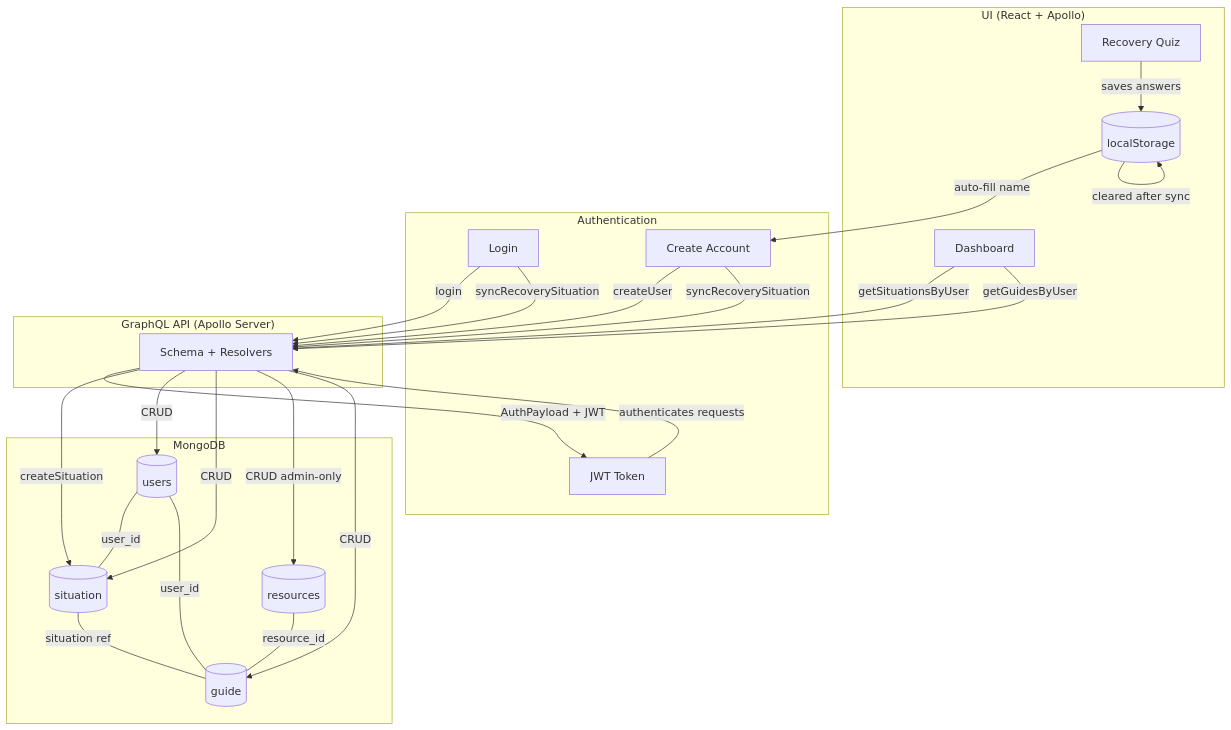
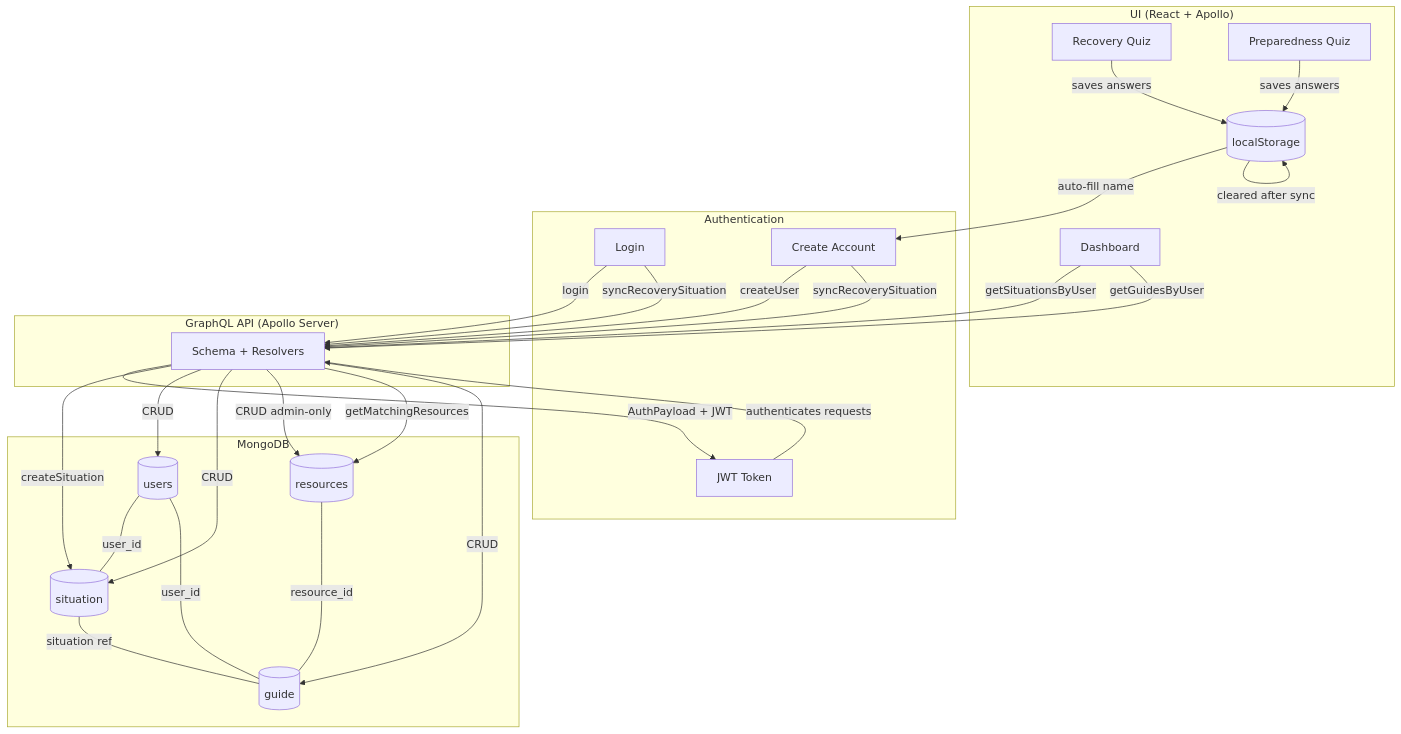
One commit to ArkLab-SeniorProject/Aftermath changed the second of 2 diagrams in docs/db-structure.md. Above: the diagram before and after it, drawn with Mermaid. The commit also changed other lines of this file and 10 other files, not shown here.

Commit message:
db and graphql restructuring

````diff
--- a/docs/db-structure.md
+++ b/docs/db-structure.md
@@ -72,49 +82,52 @@
 ```mermaid
 flowchart TD
     subgraph Client ["UI (React + Apollo)"]
         QUIZ[Recovery Quiz]
+        PREP[Preparedness Quiz]
         LS[(localStorage)]
         DASH[Dashboard]
     end
 
     subgraph Auth ["Authentication"]
         LOGIN[Login]
         SIGNUP[Create Account]
         JWT[JWT Token]
     end
 
     subgraph API ["GraphQL API (Apollo Server)"]
         GQL[Schema + Resolvers]
     end
 
     subgraph DB ["MongoDB"]
         USERS[(users)]
         SIT[(situation)]
         RES[(resources)]
         GUIDES[(guide)]
     end
 
     QUIZ -->|saves answers| LS
+    PREP -->|saves answers| LS
     LS -->|auto-fill name| SIGNUP
     SIGNUP -->|createUser| GQL
     LOGIN -->|login| GQL
     GQL -->|AuthPayload + JWT| JWT
     JWT -->|authenticates requests| GQL
 
     SIGNUP & LOGIN -->|syncRecoverySituation| GQL
     GQL -->|createSituation| SIT
     LS -->|cleared after sync| LS
 
     GQL -->|CRUD| USERS
     GQL -->|CRUD| SIT
     GQL -->|CRUD admin-only| RES
+    GQL -->|getMatchingResources| RES
     GQL -->|CRUD| GUIDES
 
     USERS ---|user_id| SIT
     USERS ---|user_id| GUIDES
     SIT ---|situation ref| GUIDES
     RES ---|resource_id| GUIDES
 
     DASH -->|getSituationsByUser| GQL
     DASH -->|getGuidesByUser| GQL
 ```
````
